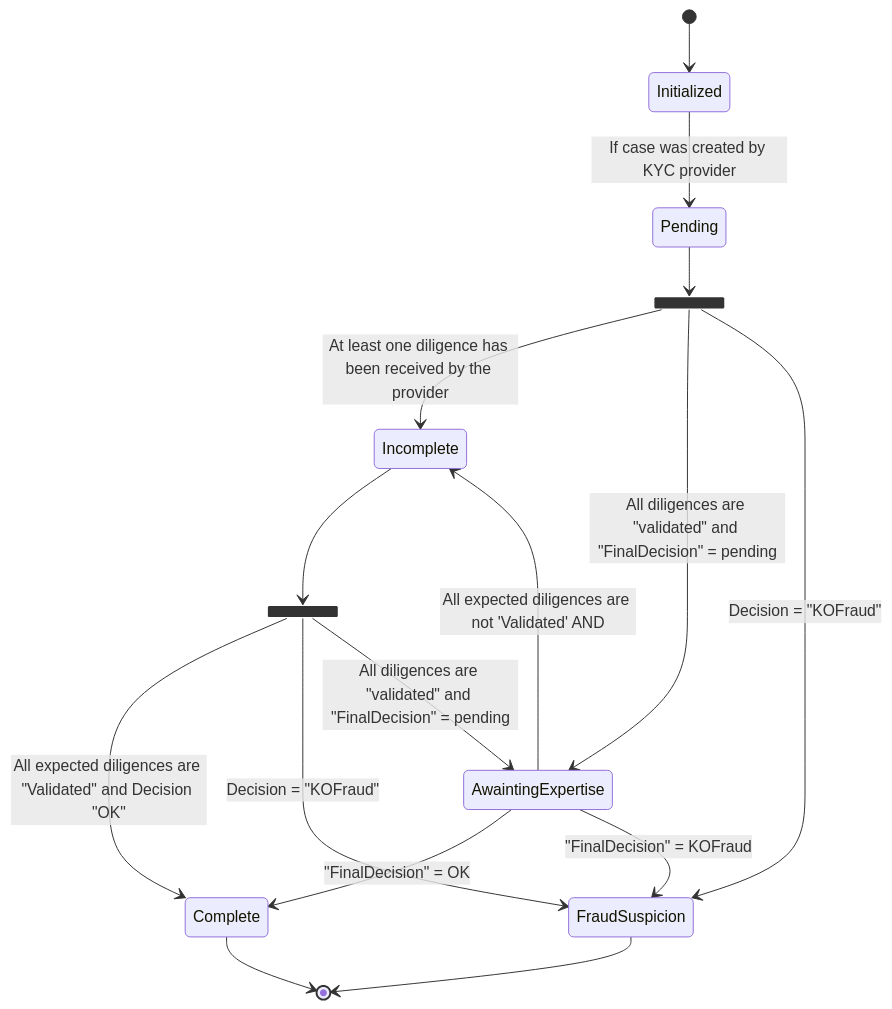
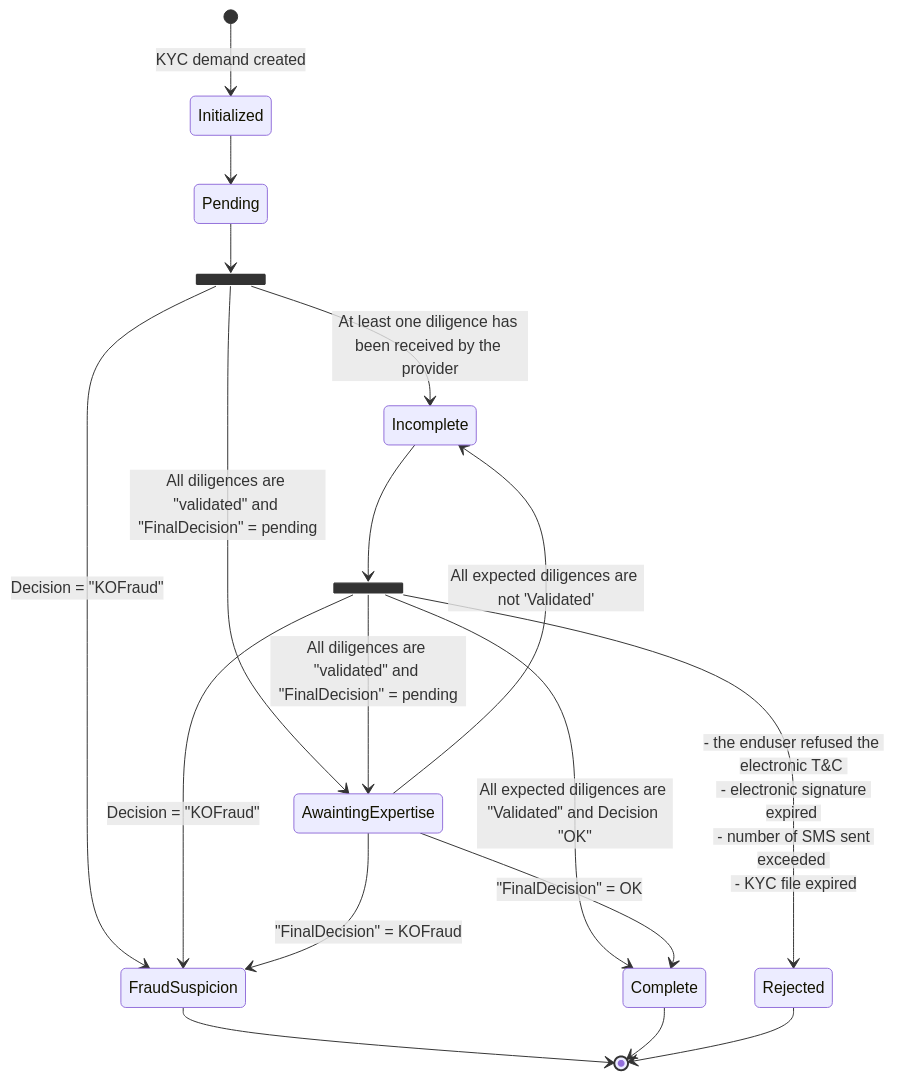
The first of 11 diagrams in docs/usecases/users/onboarding/1_kyc/1_netheos.md (pomme-clic/s-money-documentation), drawn with Mermaid before and after one commit. The commit also changed other lines of this file, not shown here.

First line of the commit message:
Update Netheos KYC Use Case Documentation

````diff
--- a/docs/usecases/users/onboarding/1_kyc/1_netheos.md
+++ b/docs/usecases/users/onboarding/1_kyc/1_netheos.md
@@ -17,26 +22,30 @@
 ```mermaid
 stateDiagram
-    [*] --> Initialized
+    [*] --> Initialized : KYC demand created
 		state fork_state <<fork>>
-    Initialized --> Pending : If case was created by KYC provider
+    Initialized --> Pending
     Pending --> fork_state
     fork_state -->	Incomplete : At least one diligence has been received by the provider
 		fork_state --> AwaintingExpertise : All diligences are "validated" and "FinalDecision" = pending
 	  fork_state --> FraudSuspicion : Decision = "KOFraud"
 	  
 	  state fork_state2 <<fork>>
 	  Incomplete -->  fork_state2
 	  fork_state2 --> Complete : All expected diligences are "Validated" and Decision "OK"
 	  fork_state2 --> FraudSuspicion : Decision = "KOFraud"
 	  fork_state2 --> AwaintingExpertise : All diligences are "validated" and "FinalDecision" = pending
+      fork_state2 --> Rejected : - the enduser refused the electronic T&C <br/> - electronic signature expired <br/> - number of SMS sent exceeded <br/> - KYC file expired
+
 	  
 	  AwaintingExpertise --> Complete : "FinalDecision" = OK	  
-	  AwaintingExpertise --> Incomplete : All expected diligences are not 'Validated' AND   
+      AwaintingExpertise --> Incomplete : All expected diligences are not 'Validated' 
 	  AwaintingExpertise --> FraudSuspicion : "FinalDecision" = KOFraud	  
 	  
 
 
     FraudSuspicion --> [*]
     Complete --> [*]
+    Rejected --> [*]
+
 
 ```
````
